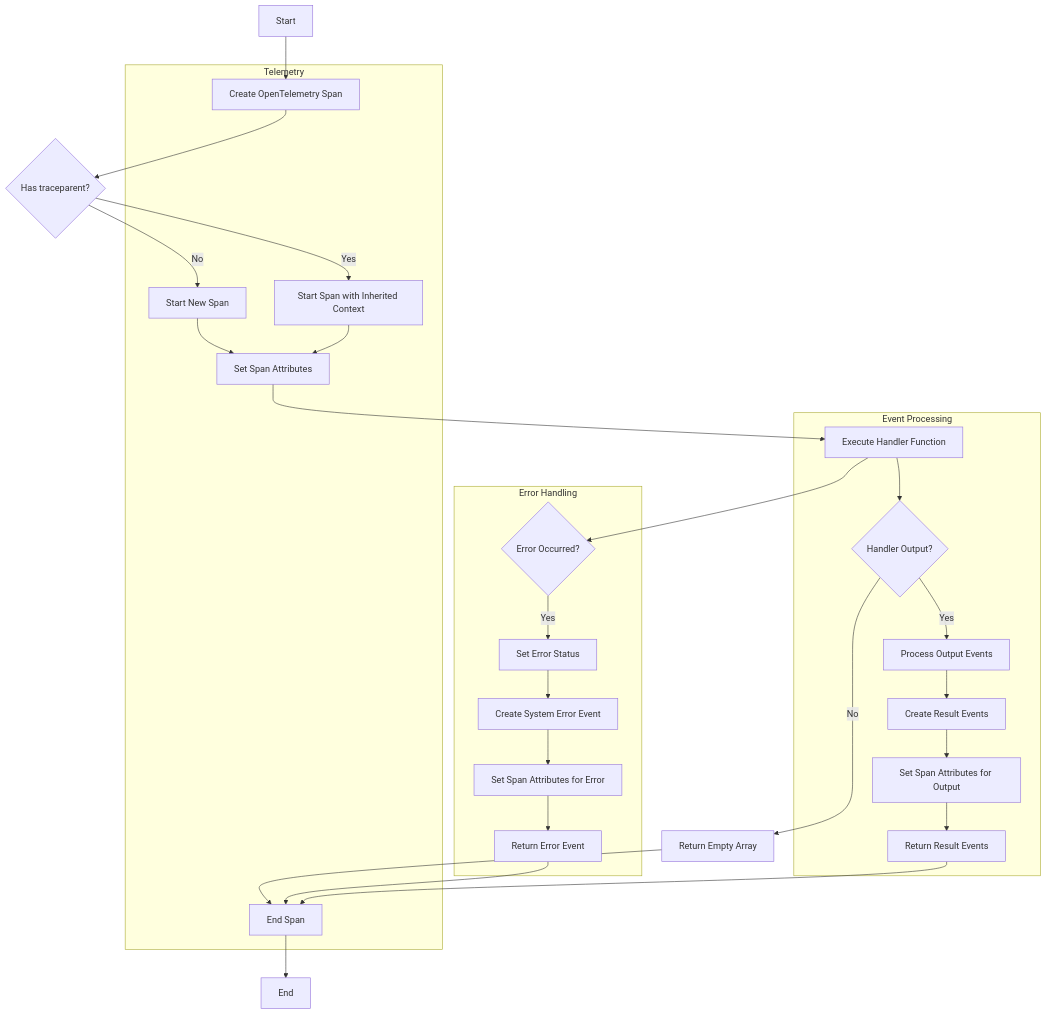
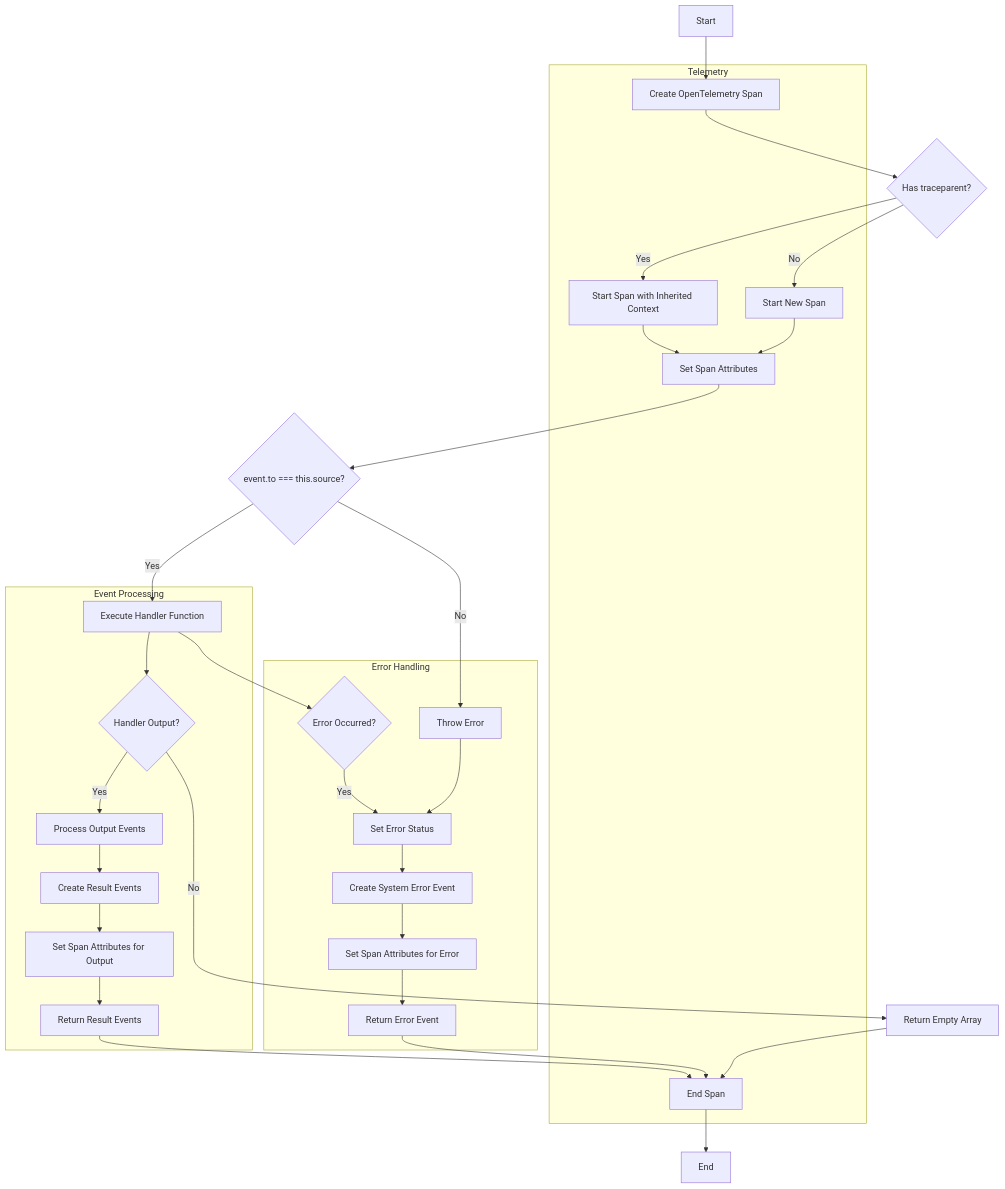
Before and after one commit to SaadAhmad123/arvo-event-handler: the first of 2 diagrams in src/MultiArvoEventHandler/ExecutionDiagrams.md, drawn with Mermaid. The commit also changed other lines of this file and 7 other files, not shown here.

````diff
--- a/src/MultiArvoEventHandler/ExecutionDiagrams.md
+++ b/src/MultiArvoEventHandler/ExecutionDiagrams.md
@@ -7,54 +7,58 @@
 ```mermaid
 graph TD
 A[Start] --> B[Create OpenTelemetry Span]
 B --> C{Has traceparent?}
 C -->|Yes| D[Start Span with Inherited Context]
 C -->|No| E[Start New Span]
 D --> F[Set Span Attributes]
 E --> F
-F --> G[Execute Handler Function]
-G --> H{Handler Output?}
-H -->|Yes| I[Process Output Events]
-H -->|No| J[Return Empty Array]
-I --> K[Create Result Events]
-K --> L[Set Span Attributes for Output]
-L --> M[Return Result Events]
+F --> G{event.to === this.source?}
+G -->|No| H[Throw Error]
+G -->|Yes| I[Execute Handler Function]
+I --> J{Handler Output?}
+J -->|Yes| K[Process Output Events]
+J -->|No| L[Return Empty Array]
+K --> M[Create Result Events]
+M --> N[Set Span Attributes for Output]
+N --> O[Return Result Events]
     
-G --> N{Error Occurred?}
-N -->|Yes| O[Set Error Status]
-O --> P[Create System Error Event]
-P --> Q[Set Span Attributes for Error]
-Q --> R[Return Error Event]
+I --> P{Error Occurred?}
+P -->|Yes| Q[Set Error Status]
+Q --> R[Create System Error Event]
+R --> S[Set Span Attributes for Error]
+S --> T[Return Error Event]
     
-M --> S[End Span]
-R --> S
-J --> S
-S --> T[End]
+H --> Q
+O --> U[End Span]
+T --> U
+L --> U
+U --> V[End]
     
 subgraph Error Handling
-N
-O
 P
 Q
 R
+S
+T
+H
 end
     
 subgraph Event Processing
-G
-H
 I
+J
 K
-L
 M
+N
+O
 end
     
 subgraph Telemetry
 B
 D
 E
 F
-L
-Q
+N
 S
+U
 end
 ```
````
